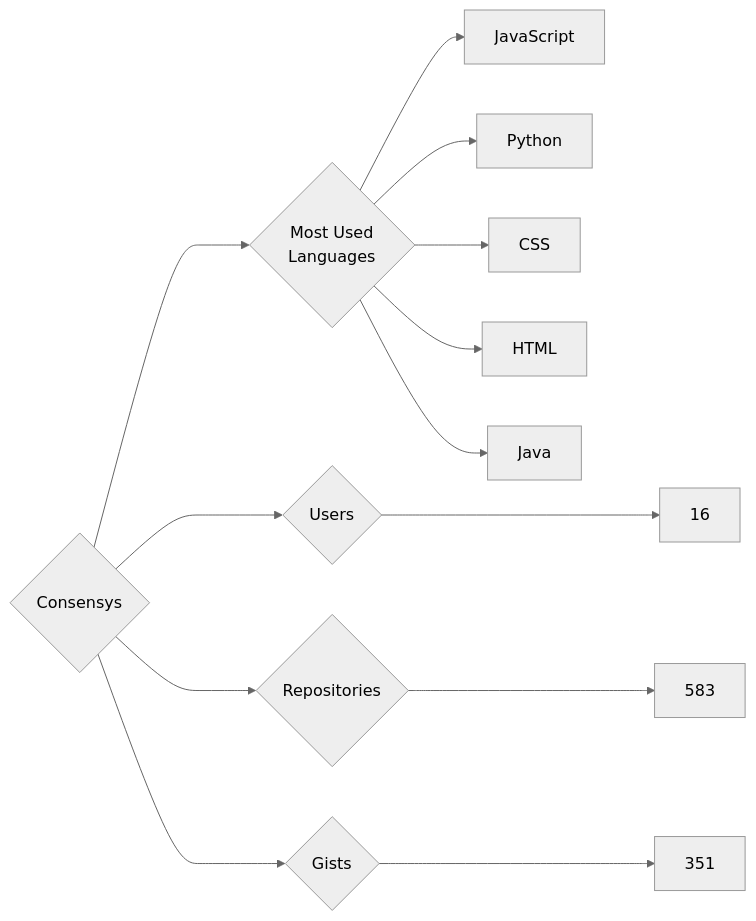
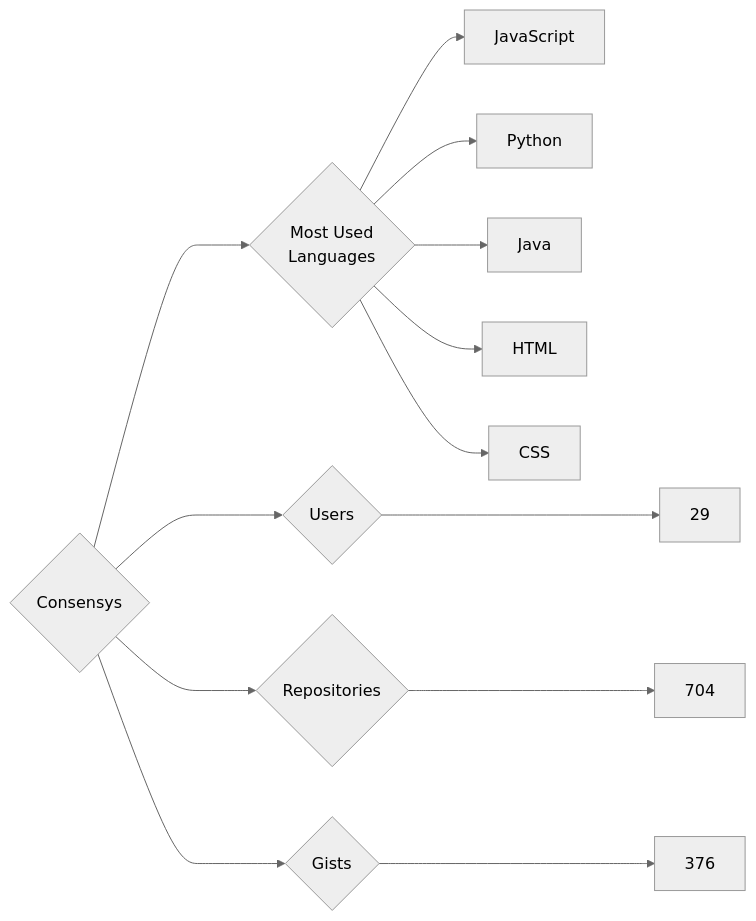
The diagram in targets/Consensys/README.md (trickest/insiders), drawn with Mermaid (neutral theme) before and after one commit. The commit also changed 757 other files, not shown here.

````diff
--- a/targets/Consensys/README.md
+++ b/targets/Consensys/README.md
@@ -3,13 +3,13 @@
 ```mermaid
 graph LR
 COMPANY_NAME{Consensys}
-COMPANY_NAME ---> U{Users} ---> UN[16]
-COMPANY_NAME ---> R{Repositories} ---> RN[583]
-COMPANY_NAME ---> G{Gists} ---> GN[351]
+COMPANY_NAME ---> U{Users} ---> UN[29]
+COMPANY_NAME ---> R{Repositories} ---> RN[704]
+COMPANY_NAME ---> G{Gists} ---> GN[376]
 COMPANY_NAME ---> ML{Most Used<br>Languages}
 ML --> JavaScript[JavaScript]
 ML --> Python[Python]
+ML --> Java[Java]
+ML --> HTML[HTML]
 ML --> CSS[CSS]
-ML --> HTML[HTML]
-ML --> Java[Java]
 ```
````
